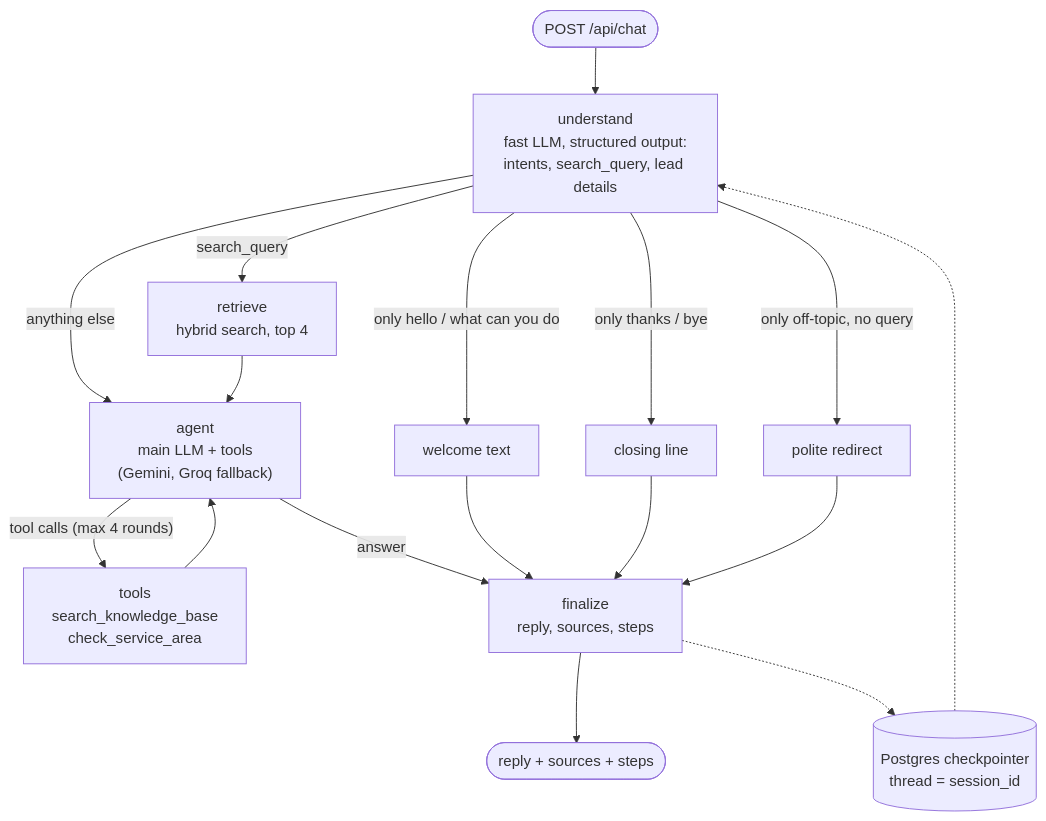
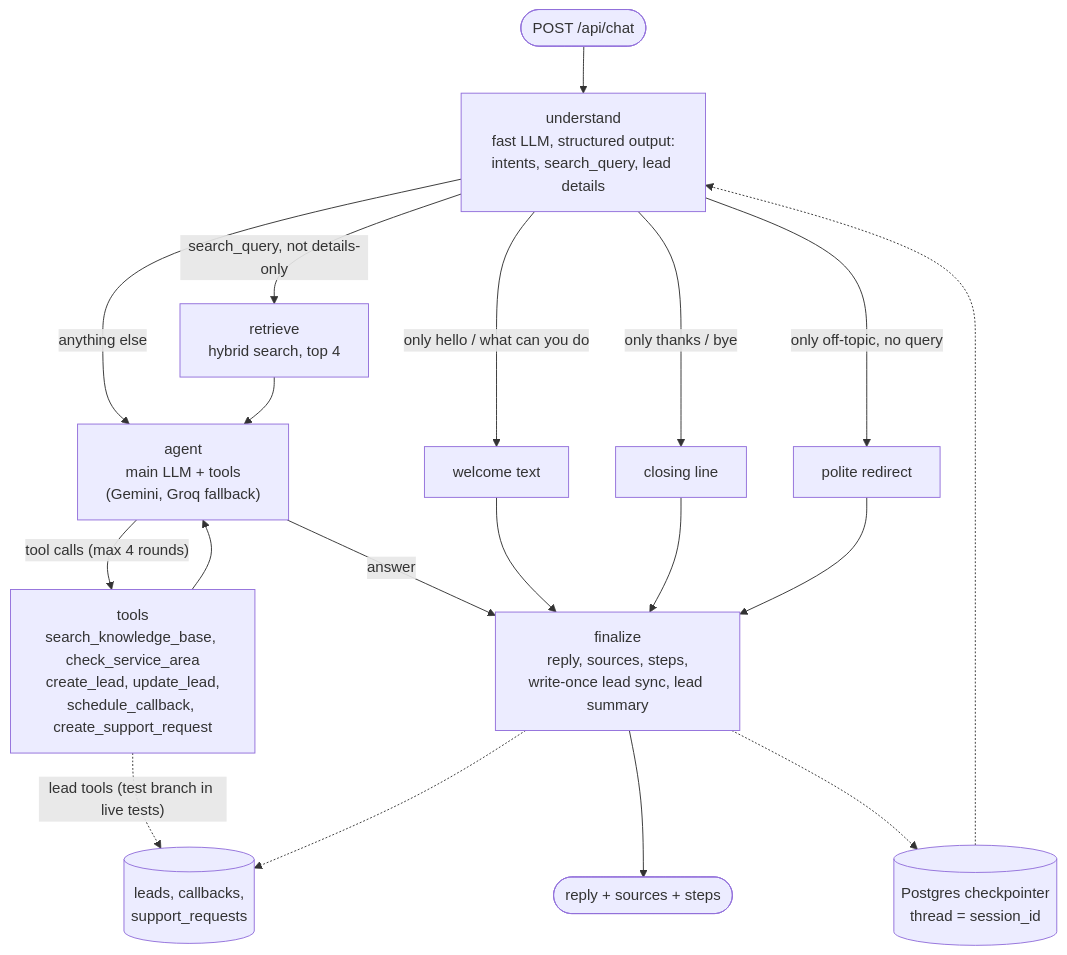
The eighth of 8 diagrams in docs/ARCHITECTURE.md (AdithyaChauhan/vantis-sales-agent), drawn with Mermaid before and after one commit. The commit also changed other lines of this file and 30 other files, not shown here.

First line of the commit message:
feat(agent): T8b lead tools, lead-aware conversation and lead summary

````diff
--- a/docs/ARCHITECTURE.md
+++ b/docs/ARCHITECTURE.md
@@ -138,19 +140,21 @@
 ```mermaid
 flowchart TD
   msg(["POST /api/chat"]) --> understand["understand<br/>fast LLM, structured output:<br/>intents, search_query, lead details"]
   understand -->|"only hello / what can you do"| welcome["welcome text"]
   understand -->|"only thanks / bye"| closing["closing line"]
   understand -->|"only off-topic, no query"| redirect["polite redirect"]
-  understand -->|"search_query"| retrieve["retrieve<br/>hybrid search, top 4"]
+  understand -->|"search_query, not details-only"| retrieve["retrieve<br/>hybrid search, top 4"]
   understand -->|"anything else"| agent
   retrieve --> agent["agent<br/>main LLM + tools<br/>(Gemini, Groq fallback)"]
-  agent -->|"tool calls (max 4 rounds)"| tools["tools<br/>search_knowledge_base<br/>check_service_area"]
+  agent -->|"tool calls (max 4 rounds)"| tools["tools<br/>search_knowledge_base, check_service_area<br/>create_lead, update_lead,<br/>schedule_callback, create_support_request"]
+  tools -.->|"lead tools (test branch in live tests)"| leadsdb[("leads, callbacks,<br/>support_requests")]
   tools --> agent
-  agent -->|"answer"| finalize["finalize<br/>reply, sources, steps"]
+  agent -->|"answer"| finalize["finalize<br/>reply, sources, steps,<br/>write-once lead sync, lead summary"]
+  finalize -.-> leadsdb
   welcome --> finalize
   closing --> finalize
   redirect --> finalize
   finalize --> reply(["reply + sources + steps"])
   memory[("Postgres checkpointer<br/>thread = session_id")] -.-> understand
   finalize -.-> memory
 ```
````
